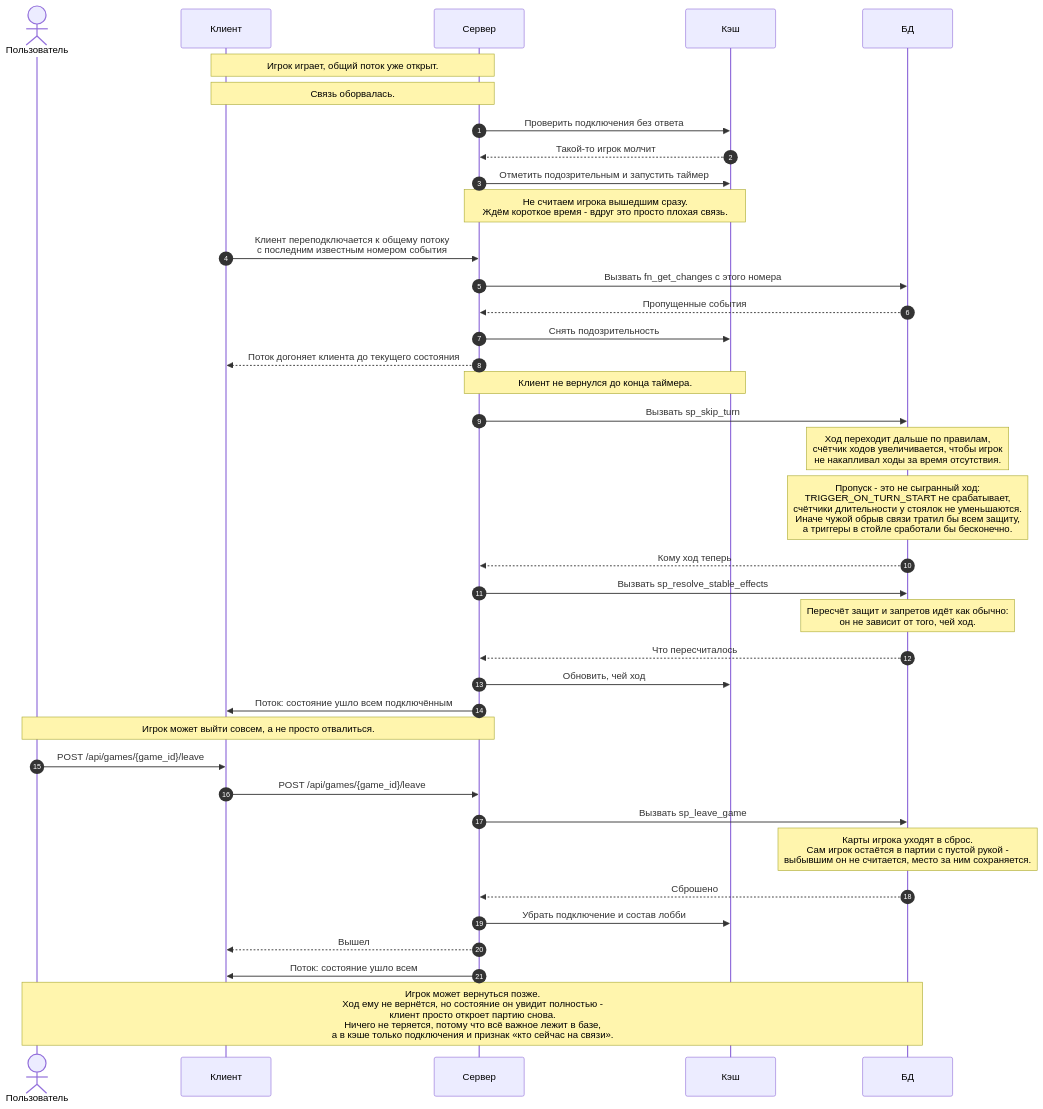
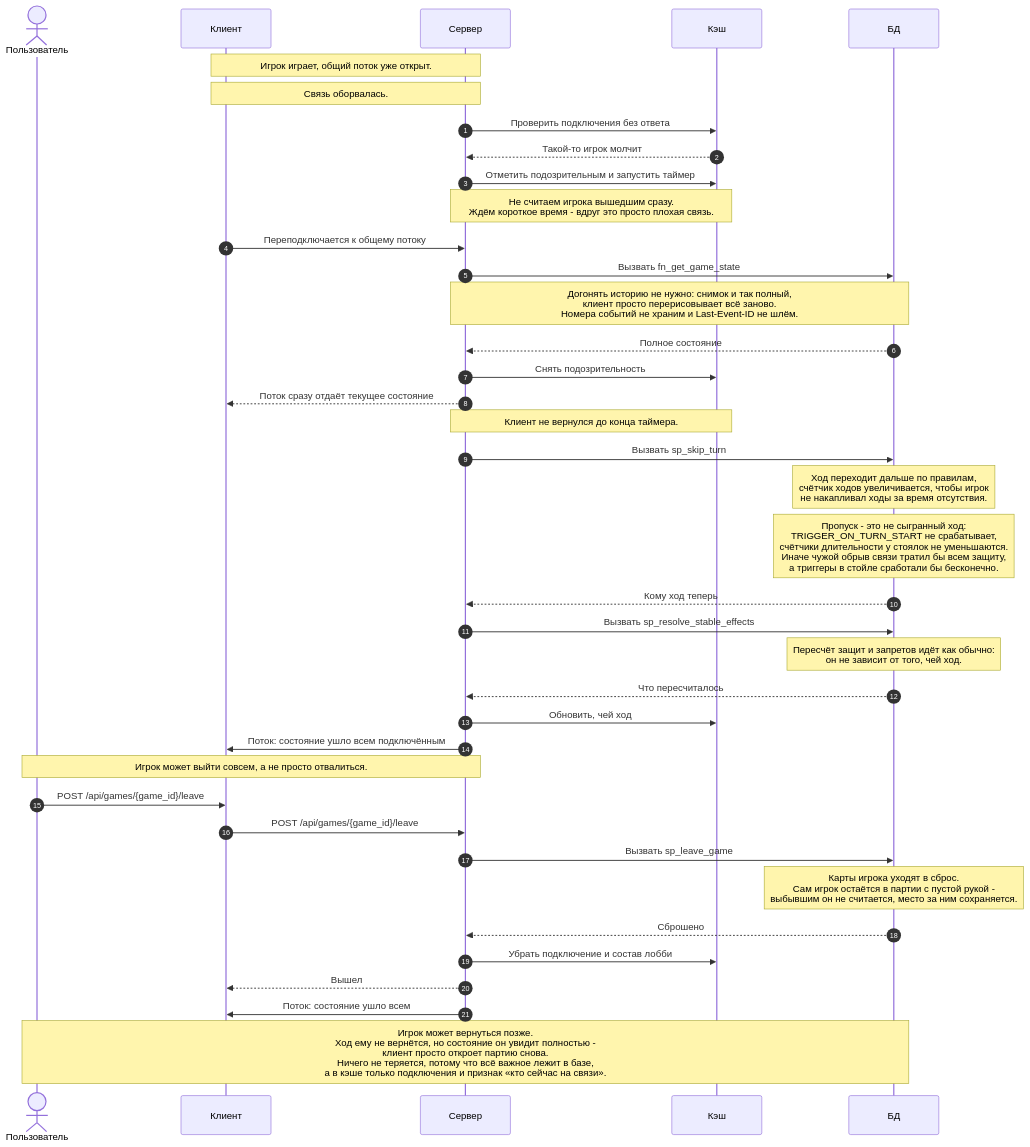
The diagram in diagrams/leave.mmd (docup1/edin-game), drawn with Mermaid before and after one commit. The commit also changed 4 other files, not shown here.

```diff
--- a/diagrams/leave.mmd
+++ b/diagrams/leave.mmd
@@ -1,50 +1,51 @@
 %% Выход из партии: обрыв связи, ожидание, пропуск хода, явный выход.
 %% Здесь же разобран POST /api/games/{game_id}/leave.
 %% Связь и признак «кто на связи» - в кэше, все факты - в базе.
 sequenceDiagram
     autonumber
     actor U as Пользователь
     participant C as Клиент
     participant S as Сервер
     participant K as Кэш
     participant D as БД
 
     Note over C,S: Игрок играет, общий поток уже открыт.
 
     Note over C,S: Связь оборвалась.
 
     S->>K: Проверить подключения без ответа
     K-->>S: Такой-то игрок молчит
     S->>K: Отметить подозрительным и запустить таймер
     Note over S,K: Не считаем игрока вышедшим сразу.<br/>Ждём короткое время - вдруг это просто плохая связь.
 
-    C->>S: Клиент переподключается к общему потоку<br/>с последним известным номером события
-    S->>D: Вызвать fn_get_changes с этого номера
-    D-->>S: Пропущенные события
+    C->>S: Переподключается к общему потоку
+    S->>D: Вызвать fn_get_game_state
+    Note over S,D: Догонять историю не нужно: снимок и так полный,<br/>клиент просто перерисовывает всё заново.<br/>Номера событий не храним и Last-Event-ID не шлём.
+    D-->>S: Полное состояние
     S->>K: Снять подозрительность
-    S-->>C: Поток догоняет клиента до текущего состояния
+    S-->>C: Поток сразу отдаёт текущее состояние
 
     Note over S,K: Клиент не вернулся до конца таймера.
 
     S->>D: Вызвать sp_skip_turn
     Note over D: Ход переходит дальше по правилам,<br/>счётчик ходов увеличивается, чтобы игрок<br/>не накапливал ходы за время отсутствия.
     Note over D: Пропуск - это не сыгранный ход:<br/>TRIGGER_ON_TURN_START не срабатывает,<br/>счётчики длительности у стоялок не уменьшаются.<br/>Иначе чужой обрыв связи тратил бы всем защиту,<br/>а триггеры в стойле сработали бы бесконечно.
     D-->>S: Кому ход теперь
     S->>D: Вызвать sp_resolve_stable_effects
     Note over D: Пересчёт защит и запретов идёт как обычно:<br/>он не зависит от того, чей ход.
     D-->>S: Что пересчиталось
     S->>K: Обновить, чей ход
     S->>C: Поток: состояние ушло всем подключённым
 
     Note over U,S: Игрок может выйти совсем, а не просто отвалиться.
 
     U->>C: POST /api/games/{game_id}/leave
     C->>S: POST /api/games/{game_id}/leave
     S->>D: Вызвать sp_leave_game
     Note over D: Карты игрока уходят в сброс.<br/>Сам игрок остаётся в партии с пустой рукой -<br/>выбывшим он не считается, место за ним сохраняется.
     D-->>S: Сброшено
     S->>K: Убрать подключение и состав лобби
     S-->>C: Вышел
     S->>C: Поток: состояние ушло всем
 
     Note over U,D: Игрок может вернуться позже.<br/>Ход ему не вернётся, но состояние он увидит полностью -<br/>клиент просто откроет партию снова.<br/>Ничего не теряется, потому что всё важное лежит в базе,<br/>а в кэше только подключения и признак «кто сейчас на связи».
```
